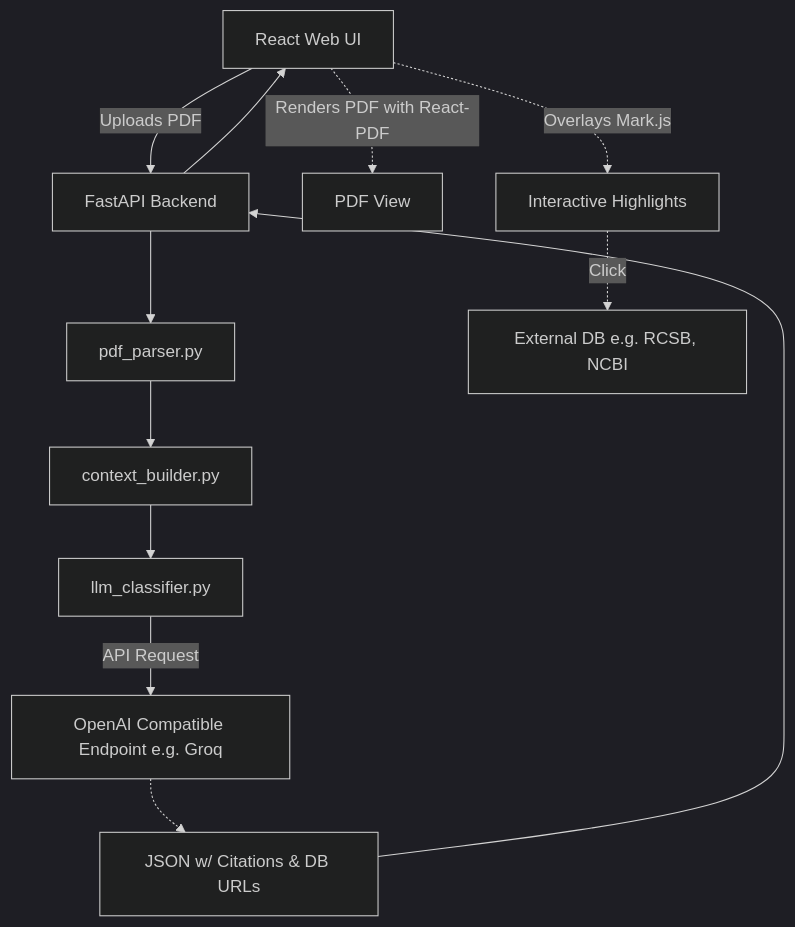
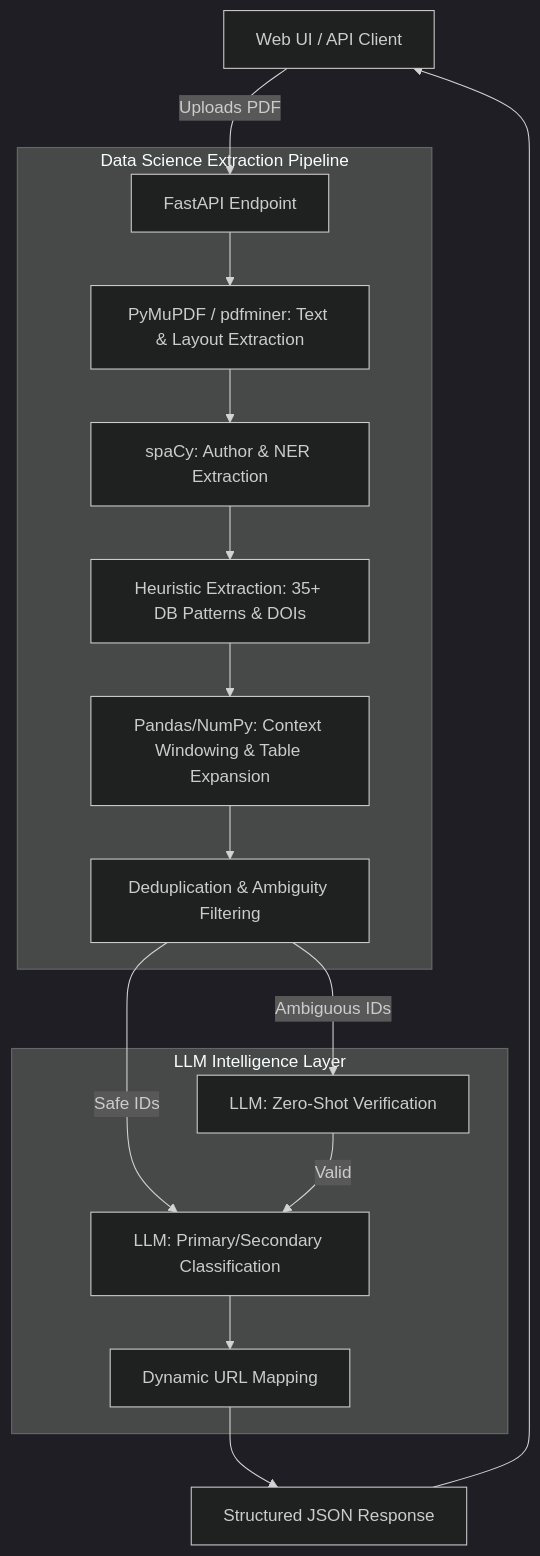
One commit to NikitaBarkalov/finder-data-references changed the diagram in README.md. Above: the diagram before and after it, drawn with Mermaid (dark theme). The commit also changed other lines of this file, not shown here.

````diff
--- a/README.md
+++ b/README.md
@@ -107,16 +50,22 @@
 ```mermaid
-graph TD;
-    Client[React Web UI] -->|Uploads PDF| API[FastAPI Backend];
-    API --> Extractor[pdf_parser.py];
-    Extractor --> ContextBuilder[context_builder.py];
-    ContextBuilder --> LLM[llm_classifier.py];
+graph TD
+    Client[Web UI / API Client] -->|Uploads PDF| API[FastAPI Endpoint]
     
-    LLM --> |API Request| Cloud[OpenAI Compatible Endpoint e.g. Groq];
-    Cloud -.-> Result[JSON w/ Citations & DB URLs];
+    subgraph Data Science Pipeline [Data Science Extraction Pipeline]
+        API --> Parser[PyMuPDF / pdfminer: Text & Layout Extraction]
+        Parser --> NER[spaCy: Author & NER Extraction]
+        NER --> Regex[Heuristic Extraction: 35+ DB Patterns & DOIs]
+        Regex --> Clustering[Pandas/NumPy: Context Windowing & Table Expansion]
+        Clustering --> Filter[Deduplication & Ambiguity Filtering]
+    end
     
-    Result --> API;
-    API --> Client;
-    Client -.-> |Renders PDF with React-PDF| PDF[PDF View];
-    Client -.-> |Overlays Mark.js| Marks[Interactive Highlights];
-    Marks -.-> |Click| ExtDB[External DB e.g. RCSB, NCBI];
+    subgraph LLM Intelligence Layer
+        Filter -->|Ambiguous IDs| Verify[LLM: Zero-Shot Verification]
+        Filter -->|Safe IDs| Classify[LLM: Primary/Secondary Classification]
+        Verify -->|Valid| Classify
+        Classify --> Resolvers[Dynamic URL Mapping]
+    end
+    
+    Resolvers --> JSON[Structured JSON Response]
+    JSON --> Client
 ```
````
